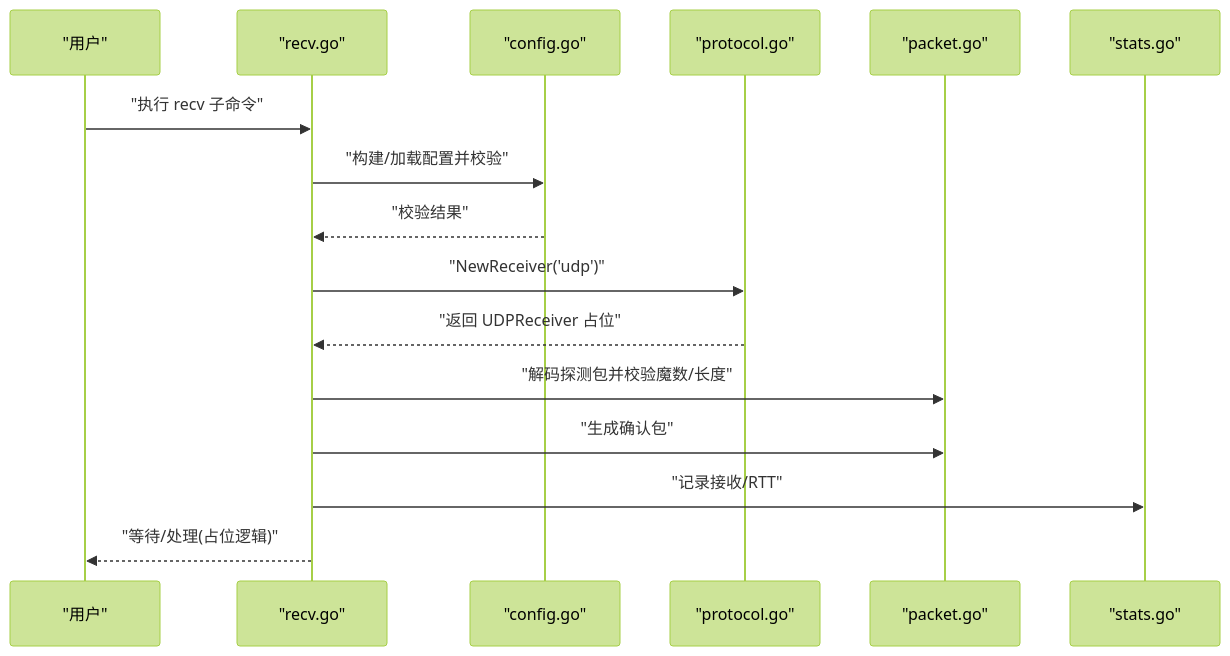
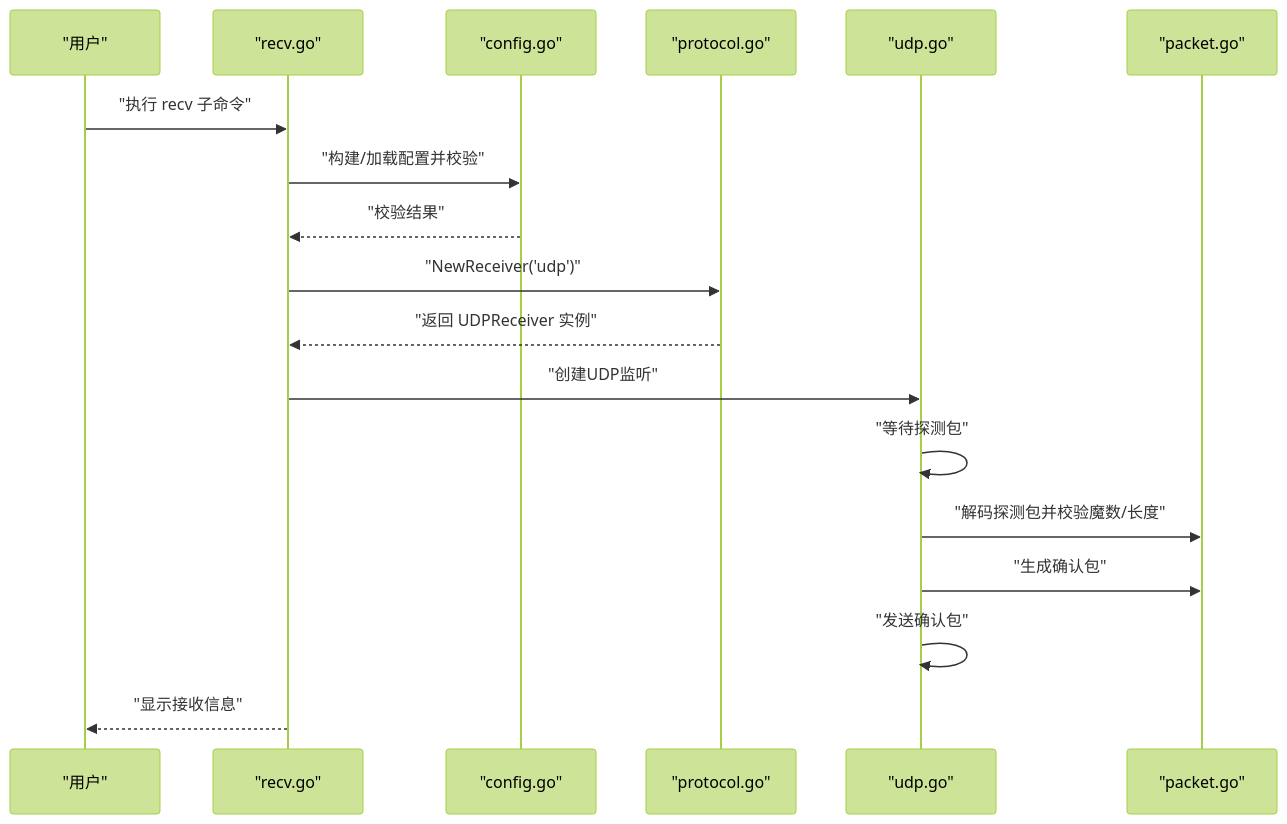
The eighth of 9 diagrams in .qoder/repowiki/zh/content/网络协议支持/UDP 协议测试.md (yanzhen74/ping-x), drawn with Mermaid (forest theme) before and after one commit. The commit also changed other lines of this file and 16 other files, not shown here.

````diff
--- a/.qoder/repowiki/zh/content/网络协议支持/UDP 协议测试.md
+++ b/.qoder/repowiki/zh/content/网络协议支持/UDP 协议测试.md
@@ -296,18 +340,20 @@
 ```mermaid
 sequenceDiagram
 participant U as "用户"
 participant CMD as "recv.go"
 participant CFG as "config.go"
 participant FAC as "protocol.go"
+participant UDP as "udp.go"
 participant PKT as "packet.go"
-participant ST as "stats.go"
 U->>CMD : "执行 recv 子命令"
 CMD->>CFG : "构建/加载配置并校验"
 CFG-->>CMD : "校验结果"
 CMD->>FAC : "NewReceiver('udp')"
-FAC-->>CMD : "返回 UDPReceiver 占位"
-CMD->>PKT : "解码探测包并校验魔数/长度"
-CMD->>PKT : "生成确认包"
-CMD->>ST : "记录接收/RTT"
-CMD-->>U : "等待/处理(占位逻辑)"
+FAC-->>CMD : "返回 UDPReceiver 实例"
+CMD->>UDP : "创建UDP监听"
+UDP->>UDP : "等待探测包"
+UDP->>PKT : "解码探测包并校验魔数/长度"
+UDP->>PKT : "生成确认包"
+UDP->>UDP : "发送确认包"
+CMD-->>U : "显示接收信息"
 ```
````
